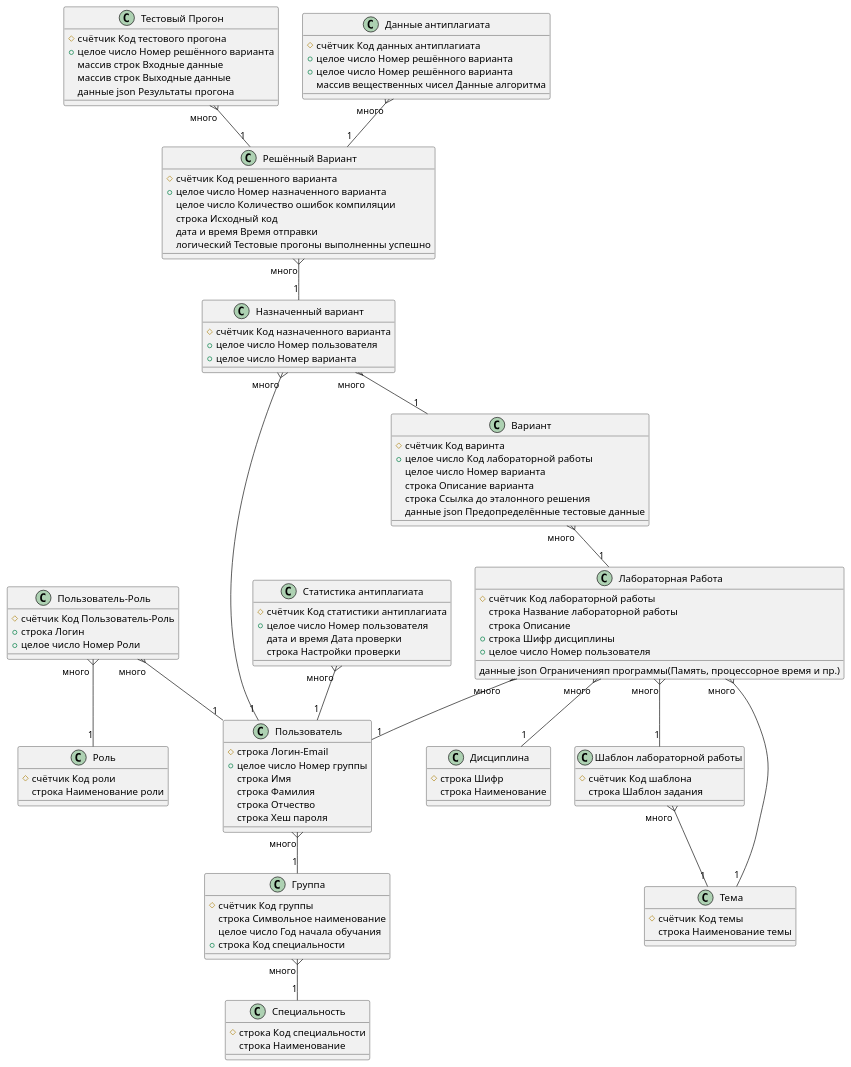
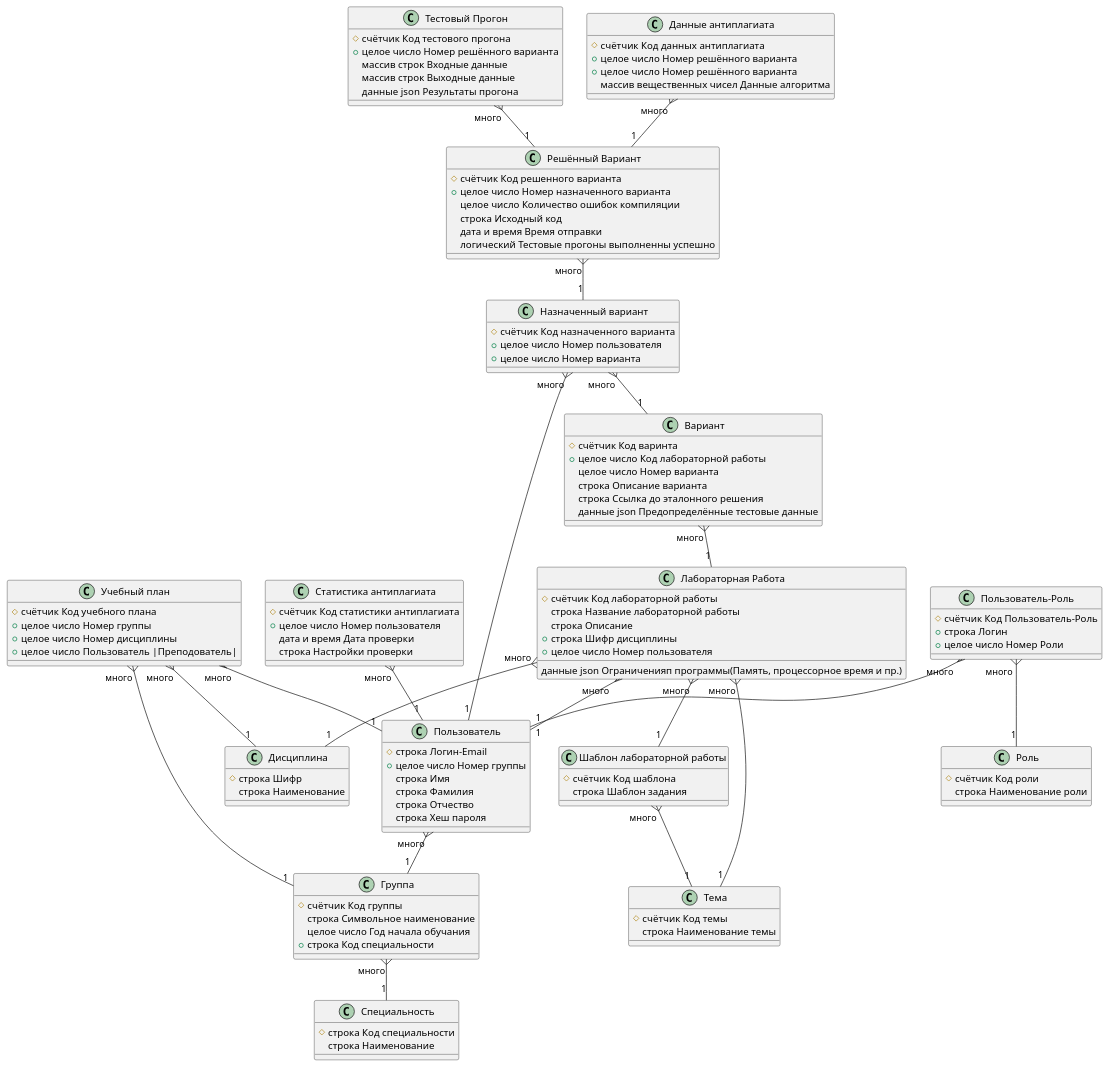
The diagram in Diagram/ER.puml (xguppy/ALS), drawn with PlantUML before and after one commit.

Commit message:
Redesign DB

```diff
--- a/Diagram/ER.puml
+++ b/Diagram/ER.puml
@@ -1,138 +1,149 @@
 @startuml ERDiagramm
 
 class Пользователь
 {
     # строка Логин-Email
     + целое число Номер группы
     строка Имя
     строка Фамилия
     строка Отчество
     строка Хеш пароля
 }
 
 class Роль
 {
     # счётчик Код роли
     строка Наименование роли
 }
 
 class "Пользователь-Роль"
 {
     # счётчик Код Пользователь-Роль
     + строка Логин
     + целое число Номер Роли
 }
 
 class "Лабораторная Работа"
 {
     # счётчик Код лабораторной работы
     строка Название лабораторной работы
     строка Описание
     данные json Ограниченияп программы(Память, процессорное время и пр.)
     + строка Шифр дисциплины
     + целое число Номер пользователя
 }
 
 class Вариант
 {
     # счётчик Код варинта
     + целое число Код лабораторной работы
     целое число Номер варианта
     строка Описание варианта
     строка Ссылка до эталонного решения
     данные json Предопределённые тестовые данные
 }
 
 class "Решённый Вариант"
 {
     # счётчик Код решенного варианта
     + целое число Номер назначенного варианта
     целое число Количество ошибок компиляции
     строка Исходный код
     дата и время Время отправки
     логический Тестовые прогоны выполненны успешно
 }
 
 class "Тестовый Прогон"
 {
     # счётчик Код тестового прогона
     + целое число Номер решённого варианта
     массив строк Входные данные
     массив строк Выходные данные
     данные json Результаты прогона
 }
 
 class Группа
 {
     # счётчик Код группы
     строка Символьное наименование
     целое число Год начала обучания
     + строка Код специальности
 }
 
 class Дисциплина
 {
     # строка Шифр
     строка Наименование
 }
 
 class "Данные антиплагиата"
 {
     # счётчик Код данных антиплагиата
     + целое число Номер решённого варианта
     + целое число Номер решённого варианта
     массив вещественных чисел Данные алгоритма
 }
 
 class "Статистика антиплагиата"
 {
     # счётчик Код статистики антиплагиата
     + целое число Номер пользователя
     дата и время Дата проверки
     строка Настройки проверки
 }
 
 class "Шаблон лабораторной работы"
 {
     # счётчик Код шаблона
     строка Шаблон задания
 }
 
 class Специальность
 {
     # строка Код специальности
     строка Наименование
 }
 
 class Тема
 {
     # счётчик Код темы
     строка Наименование темы
 }
 
 class "Назначенный вариант"
 {
     # счётчик Код назначенного варианта
     + целое число Номер пользователя
     + целое число Номер варианта
 }
 
+
+class "Учебный план"
+{
+    # счётчик Код учебного плана
+    + целое число Номер группы
+    + целое число Номер дисциплины
+    + целое число Пользователь |Преподователь|
+}
+
 "Пользователь-Роль" "много" }-- "1" Пользователь
 "Пользователь-Роль" "много "}-- "1" Роль
 
 "Лабораторная Работа" "много" }-- "1" Дисциплина
 "Данные антиплагиата" "много" }-- "1" "Решённый Вариант"
 Вариант "много" }-- "1" "Лабораторная Работа"
 "Назначенный вариант" "много" }-- "1" Вариант
 "Назначенный вариант" "много" }-- "1" Пользователь
 "Решённый Вариант" "много" }-- "1" "Назначенный вариант"
 Пользователь "много" }-- "1" Группа
 Группа "много" }-- "1" Специальность
 "Лабораторная Работа" "много" }-- "1" Тема
 "Шаблон лабораторной работы" "много" }-- "1" Тема
 "Статистика антиплагиата" "много" }-- "1" Пользователь
 "Лабораторная Работа" "много" }-- "1" "Шаблон лабораторной работы"
 "Лабораторная Работа" "много" }-- "1" Пользователь
 "Тестовый Прогон" "много" }-- "1" "Решённый Вариант"
-
+"Учебный план" "много" }-- "1" Группа
+"Учебный план" "много" }-- "1" Дисциплина
+"Учебный план" "много" }-- "1" Пользователь
 @enduml
```
